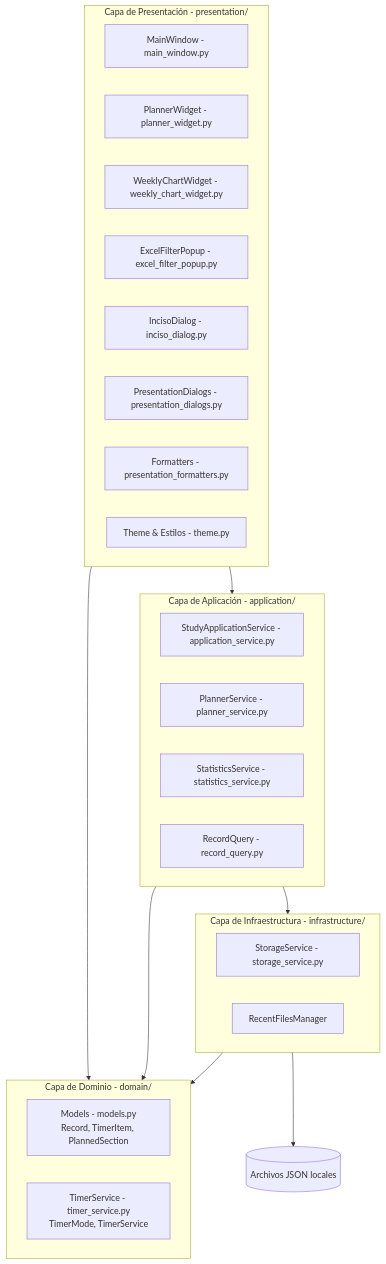
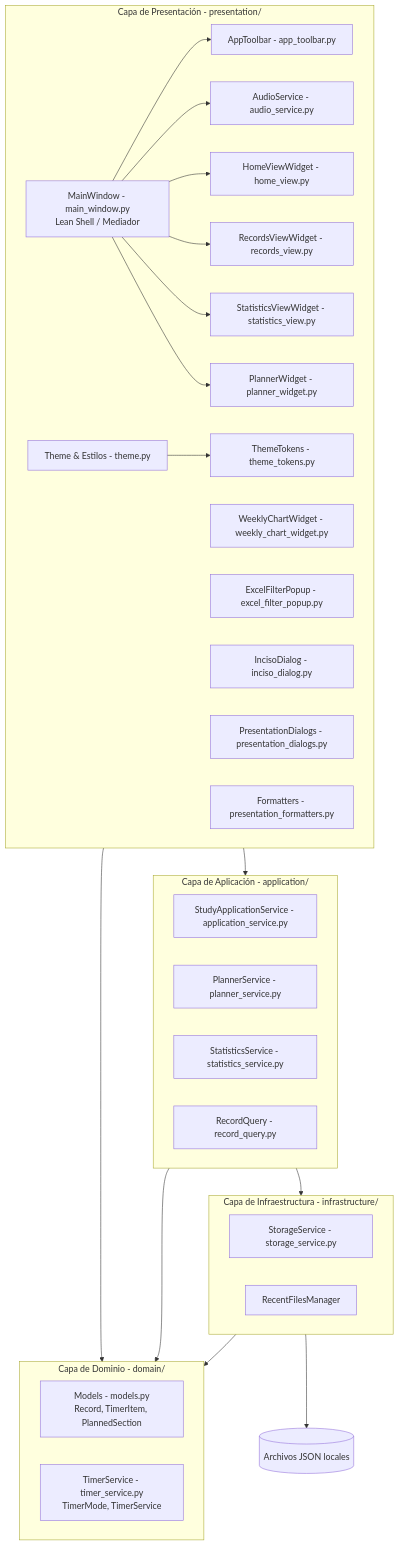
Before and after one commit to matias2707/timetrial_study: the diagram in docs/ARQUITECTURA_2026-09-07.md, drawn with Mermaid. The commit also changed other lines of this file and 22 other files, not shown here.

Commit message:
feat (achitecture): add core application services, presentation views, records data, and architecture documentation

````diff
--- a/docs/ARQUITECTURA_2026-09-07.md
+++ b/docs/ARQUITECTURA_2026-09-07.md
@@ -20,39 +20,53 @@
 ```mermaid
 flowchart TD
     subgraph UI [Capa de Presentación - presentation/]
-        MW[MainWindow - main_window.py]
+        MW[MainWindow - main_window.py\nLean Shell / Mediador]
+        TB[AppToolbar - app_toolbar.py]
+        ASnd[AudioService - audio_service.py]
+        HV[HomeViewWidget - home_view.py]
+        RV[RecordsViewWidget - records_view.py]
+        SV[StatisticsViewWidget - statistics_view.py]
         PW[PlannerWidget - planner_widget.py]
         WC[WeeklyChartWidget - weekly_chart_widget.py]
         EF[ExcelFilterPopup - excel_filter_popup.py]
         ID[IncisoDialog - inciso_dialog.py]
         PD[PresentationDialogs - presentation_dialogs.py]
         PF[Formatters - presentation_formatters.py]
+        TK[ThemeTokens - theme_tokens.py]
         TH[Theme & Estilos - theme.py]
+
+        MW --> TB
+        MW --> ASnd
+        MW --> HV
+        MW --> RV
+        MW --> SV
+        MW --> PW
+        TH --> TK
     end
 
     subgraph APP [Capa de Aplicación - application/]
         AS[StudyApplicationService - application_service.py]
         PS[PlannerService - planner_service.py]
         SS[StatisticsService - statistics_service.py]
         RQ[RecordQuery - record_query.py]
     end
 
     subgraph DOMAIN [Capa de Dominio - domain/]
         MD[Models - models.py\nRecord, TimerItem, PlannedSection]
         TS[TimerService - timer_service.py\nTimerMode, TimerService]
     end
 
     subgraph INFRA [Capa de Infraestructura - infrastructure/]
         ST[StorageService - storage_service.py]
         RF[RecentFilesManager]
     end
 
     JSON[(Archivos JSON locales)]
 
     UI --> APP
     UI --> DOMAIN
     APP --> DOMAIN
     APP --> INFRA
     INFRA --> DOMAIN
     INFRA --> JSON
 ```
````
